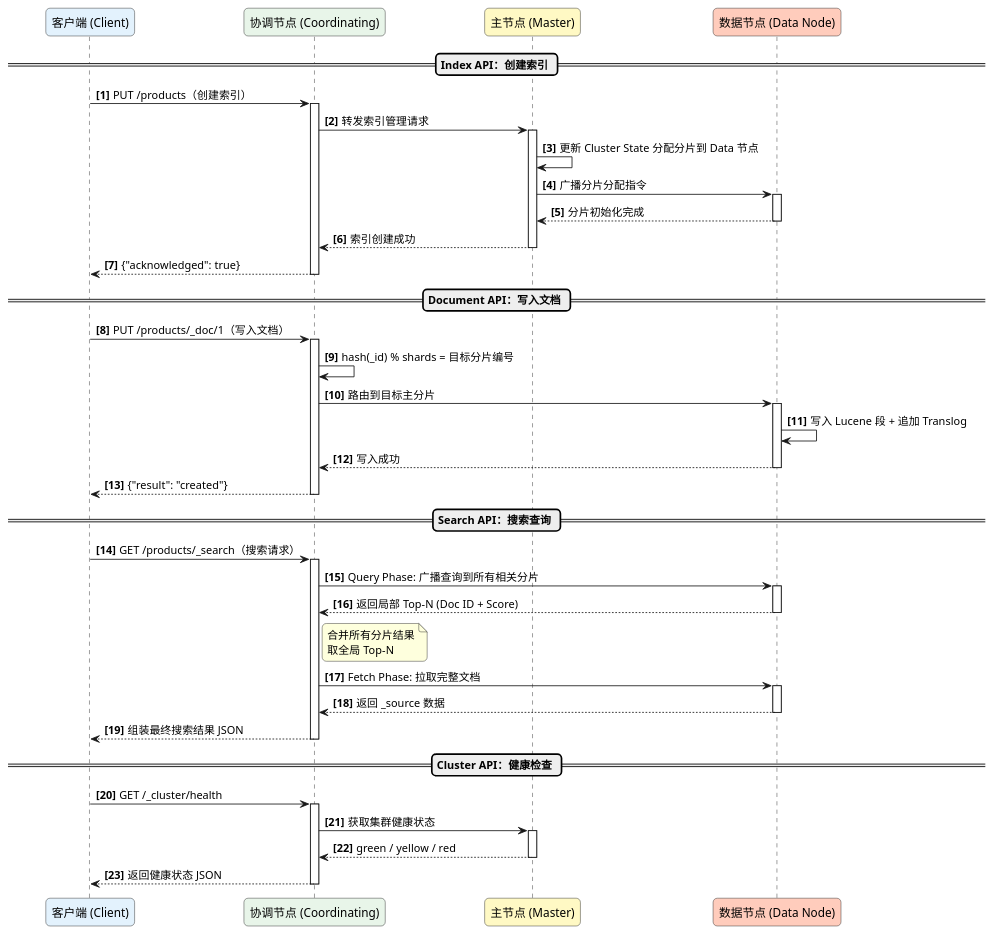
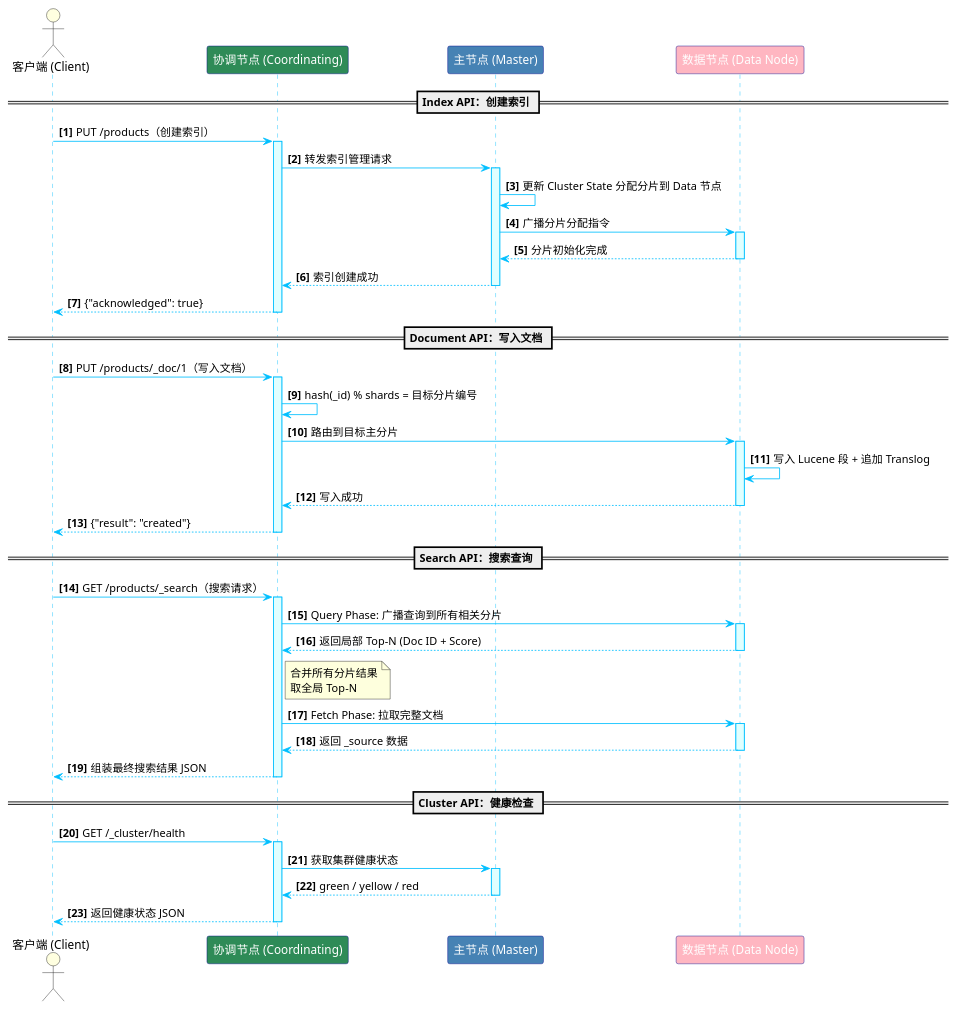
One commit to Lin-Lambert/obisdian changed the diagram in elastic/elastic6.md. Above: the diagram before and after it, drawn with PlantUML. The commit also changed 5 other files, not shown here.

Commit message:
调整uml流程图样式

````diff
--- a/elastic/elastic6.md
+++ b/elastic/elastic6.md
@@ -831,68 +831,77 @@
 ```plantuml
 @startuml
-skinparam handwritten false
-skinparam roundcorner 10
-skinparam ParticipantPadding 40
-skinparam DefaultFontName "Microsoft YaHei"
+' 全局样式配色 (遵循 uml skill 规范中的 skinparam 说明)
+skinparam sequence {
+    ArrowColor DeepSkyBlue
+    LifeLineBorderColor DeepSkyBlue
+    LifeLineBackgroundColor #E0FFFF
+    
+    ParticipantBorderColor DarkBlue
+    ParticipantFontColor White
+    
+    NoteBackgroundColor #FEFEE2
+    NoteBorderColor #E5D539
+}
 
-participant "客户端 (Client)" as C #E3F2FD
-participant "协调节点 (Coordinating)" as Coord #E8F5E9
-participant "主节点 (Master)" as Master #FFF9C4
-participant "数据节点 (Data Node)" as Data #FFCCBC
+' 个体元素的专用配色 (遵循 uml skill 规范中的 #color 说明)
+actor "客户端 (Client)" as C #LightYellow
+participant "协调节点 (Coordinating)" as Coord #SeaGreen
+participant "主节点 (Master)" as Master #SteelBlue
+participant "数据节点 (Data Node)" as Data #LightPink
 
 autonumber "<b>[0]</b>"
 
 == Index API：创建索引 ==
 C -> Coord : PUT /products（创建索引）
 activate Coord
 Coord -> Master : 转发索引管理请求
 activate Master
 Master -> Master : 更新 Cluster State 分配分片到 Data 节点
 Master -> Data : 广播分片分配指令
 activate Data
 Data --> Master : 分片初始化完成
 deactivate Data
 Master --> Coord : 索引创建成功
 deactivate Master
 Coord --> C : {"acknowledged": true}
 deactivate Coord
 
 == Document API：写入文档 ==
 C -> Coord : PUT /products/_doc/1（写入文档）
 activate Coord
 Coord -> Coord : hash(_id) % shards = 目标分片编号
 Coord -> Data : 路由到目标主分片
 activate Data
 Data -> Data : 写入 Lucene 段 + 追加 Translog
 Data --> Coord : 写入成功
 deactivate Data
 Coord --> C : {"result": "created"}
 deactivate Coord
 
 == Search API：搜索查询 ==
 C -> Coord : GET /products/_search（搜索请求）
 activate Coord
 Coord -> Data : Query Phase: 广播查询到所有相关分片
 activate Data
 Data --> Coord : 返回局部 Top-N (Doc ID + Score)
 deactivate Data
 note right of Coord : 合并所有分片结果\n取全局 Top-N
 Coord -> Data : Fetch Phase: 拉取完整文档
 activate Data
 Data --> Coord : 返回 _source 数据
 deactivate Data
 Coord --> C : 组装最终搜索结果 JSON
 deactivate Coord
 
 == Cluster API：健康检查 ==
 C -> Coord : GET /_cluster/health
 activate Coord
 Coord -> Master : 获取集群健康状态
 activate Master
 Master --> Coord : green / yellow / red
 deactivate Master
 Coord --> C : 返回健康状态 JSON
 deactivate Coord
 
 @enduml
 ```
````
